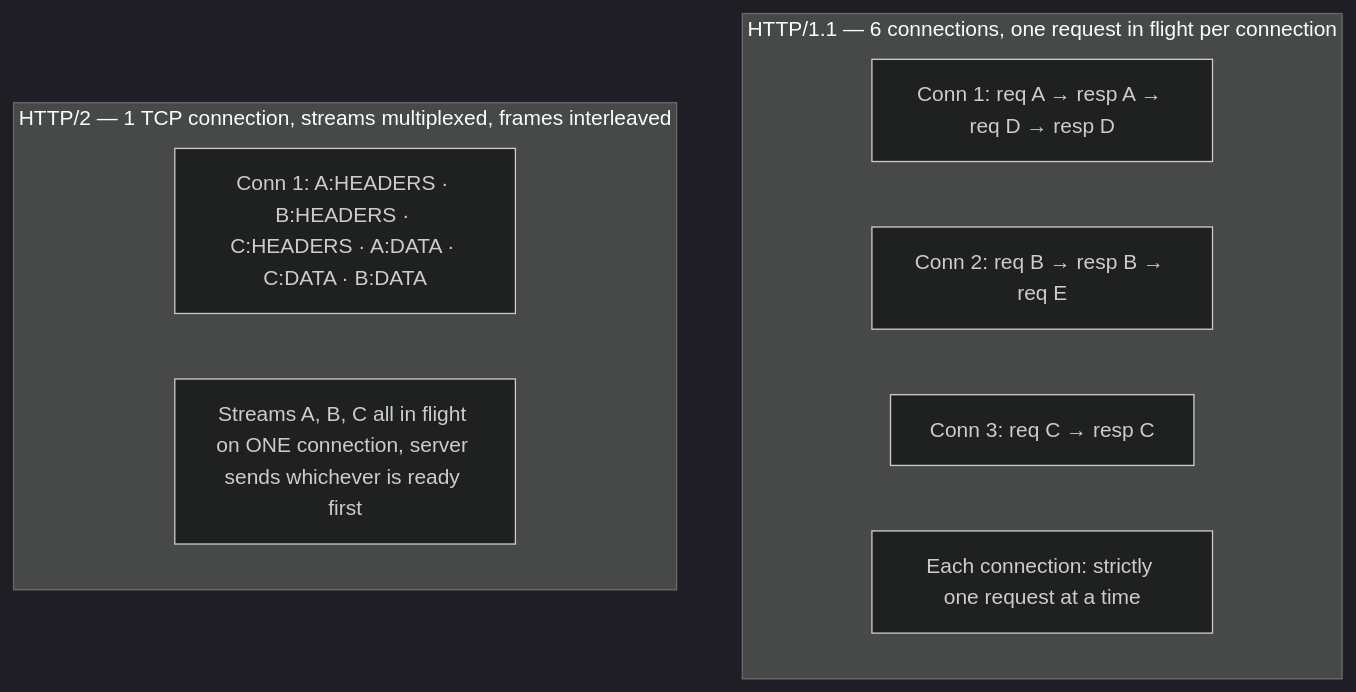
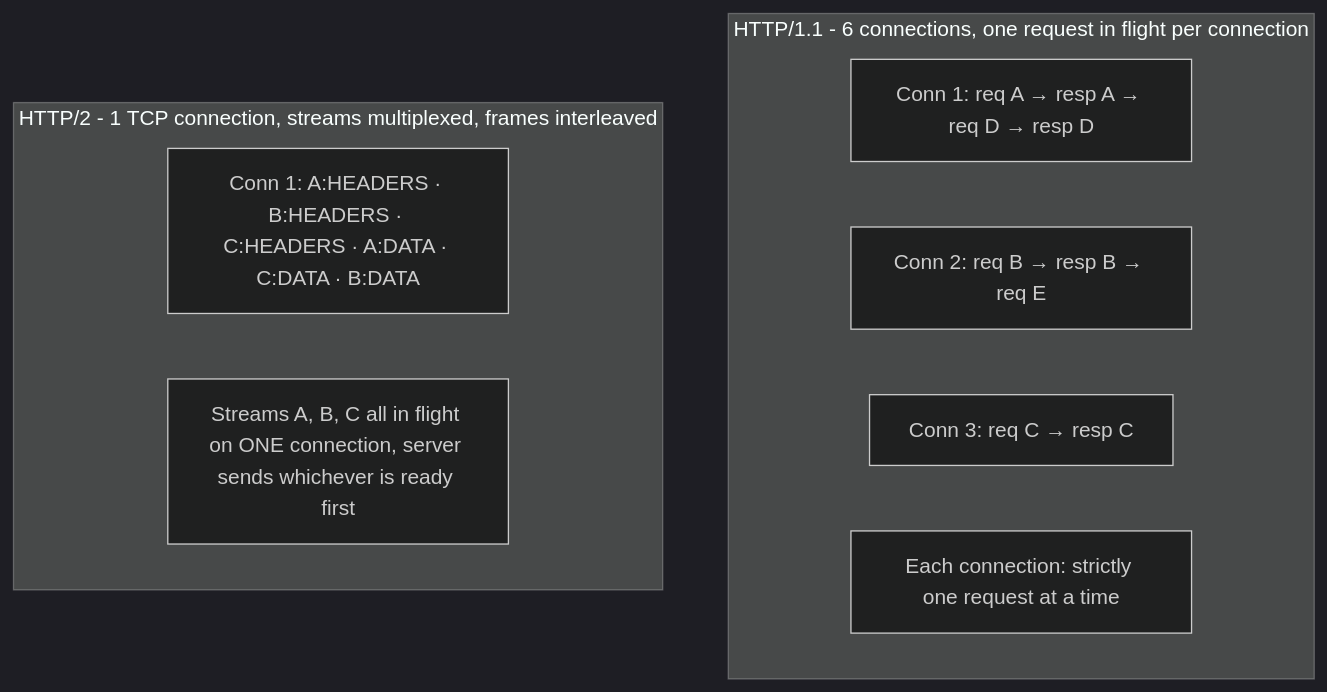
One commit to ParthGadhiya0602/System-Design changed the diagram in lessons/backend/L1/06-http-versions.md. Above: the diagram before and after it, drawn with Mermaid (dark theme). The commit also changed other lines of this file and 59 other files, not shown here.

````diff
--- a/lessons/backend/L1/06-http-versions.md
+++ b/lessons/backend/L1/06-http-versions.md
@@ -69,13 +71,13 @@
 ```mermaid
 flowchart TB
-    subgraph H1["HTTP/1.1 — 6 connections, one request in flight per connection"]
+    subgraph H1["HTTP/1.1 - 6 connections, one request in flight per connection"]
         A1["Conn 1: req A → resp A → req D → resp D"]
         B1["Conn 2: req B → resp B → req E"]
         C1["Conn 3: req C → resp C"]
         N1["Each connection: strictly one request at a time"]
     end
-    subgraph H2["HTTP/2 — 1 TCP connection, streams multiplexed, frames interleaved"]
+    subgraph H2["HTTP/2 - 1 TCP connection, streams multiplexed, frames interleaved"]
         D1["Conn 1: A:HEADERS · B:HEADERS · C:HEADERS · A:DATA · C:DATA · B:DATA"]
         N2["Streams A, B, C all in flight on ONE connection, server sends whichever is ready first"]
     end
 ```
````
